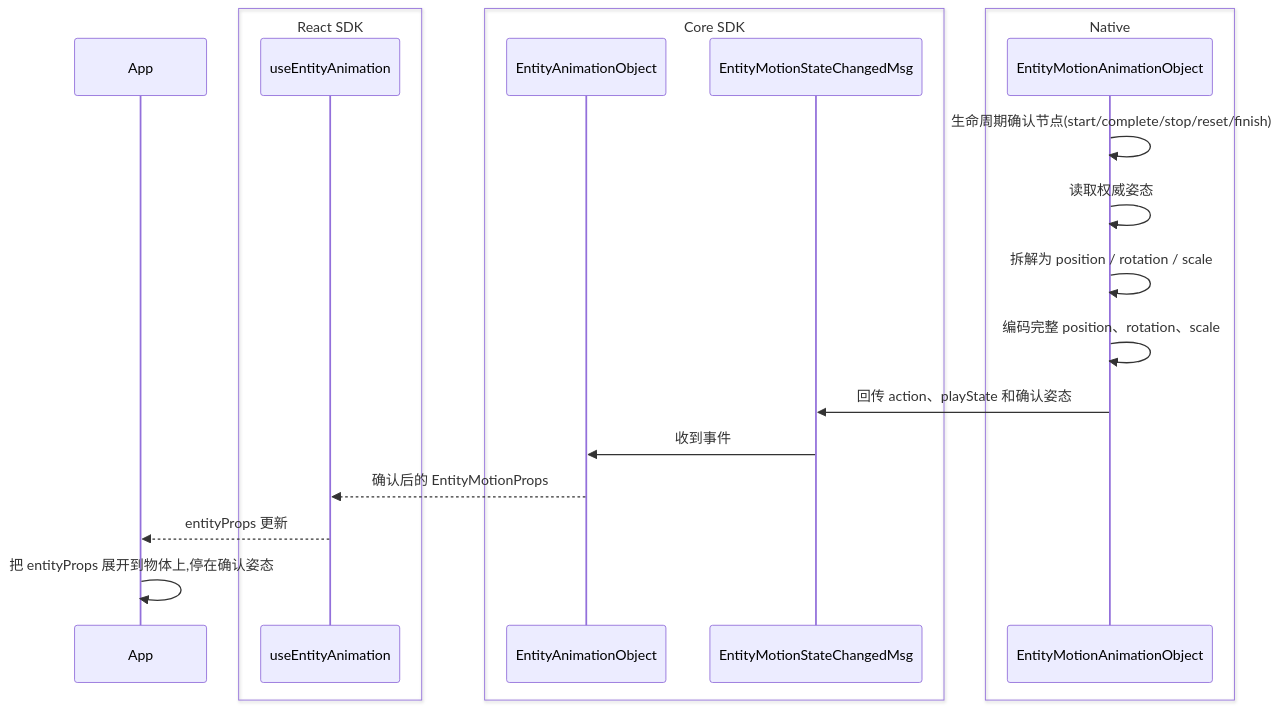
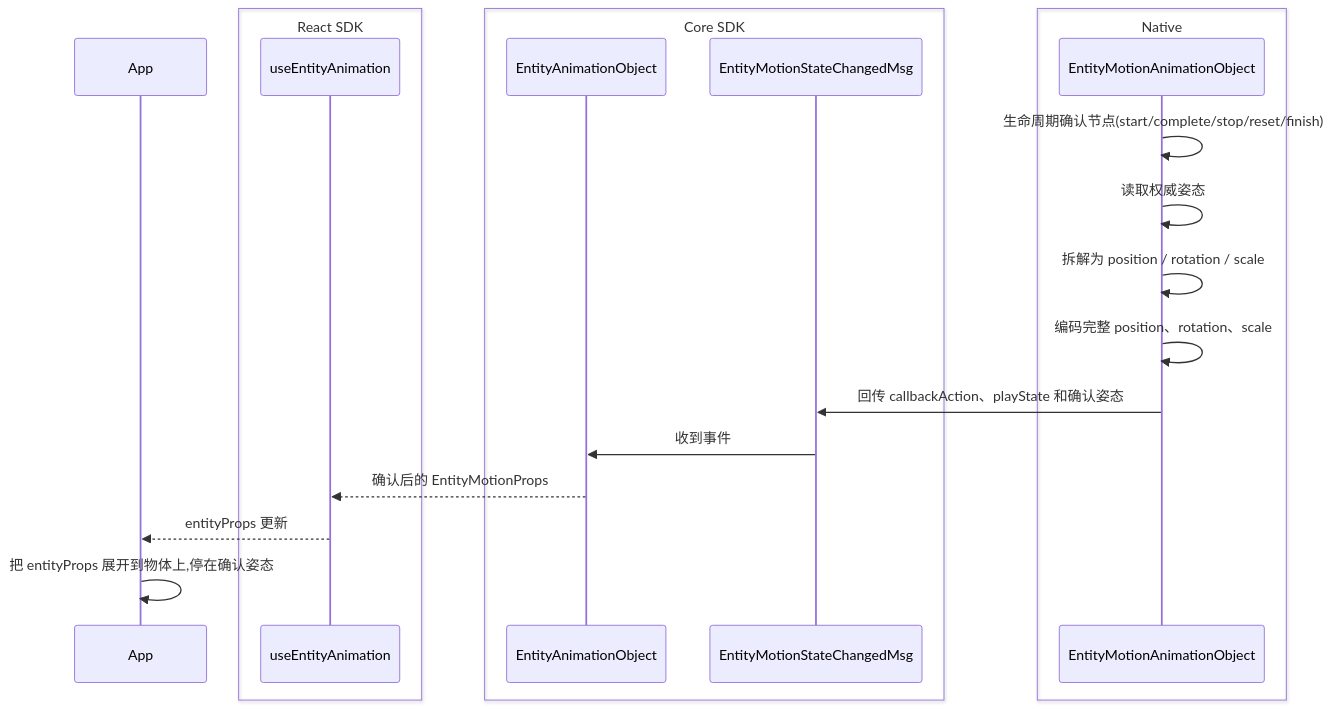
The fourth of 14 diagrams in openspec/changes/redesign-entity-motion-api/design.zh.md (webspatial/webspatial-sdk), drawn with Mermaid before and after one commit. The commit also changed other lines of this file and 5 other files, not shown here.

````diff
--- a/openspec/changes/redesign-entity-motion-api/design.zh.md
+++ b/openspec/changes/redesign-entity-motion-api/design.zh.md
@@ -370,24 +370,24 @@
 ```mermaid
 sequenceDiagram
     participant App
     box React SDK
         participant Hook as useEntityAnimation
     end
     box Core SDK
         participant Obj as EntityAnimationObject
         participant Event as EntityMotionStateChangedMsg
     end
     box Native
         participant NativeObj as EntityMotionAnimationObject
     end
 
     NativeObj->>NativeObj: 生命周期确认节点(start/complete/stop/reset/finish)
     NativeObj->>NativeObj: 读取权威姿态
     NativeObj->>NativeObj: 拆解为 position / rotation / scale
     NativeObj->>NativeObj: 编码完整 position、rotation、scale
-    NativeObj->>Event: 回传 action、playState 和确认姿态
+    NativeObj->>Event: 回传 callbackAction、playState 和确认姿态
     Event->>Obj: 收到事件
     Obj-->>Hook: 确认后的 EntityMotionProps
     Hook-->>App: entityProps 更新
     App->>App: 把 entityProps 展开到物体上,停在确认姿态
 ```
````
